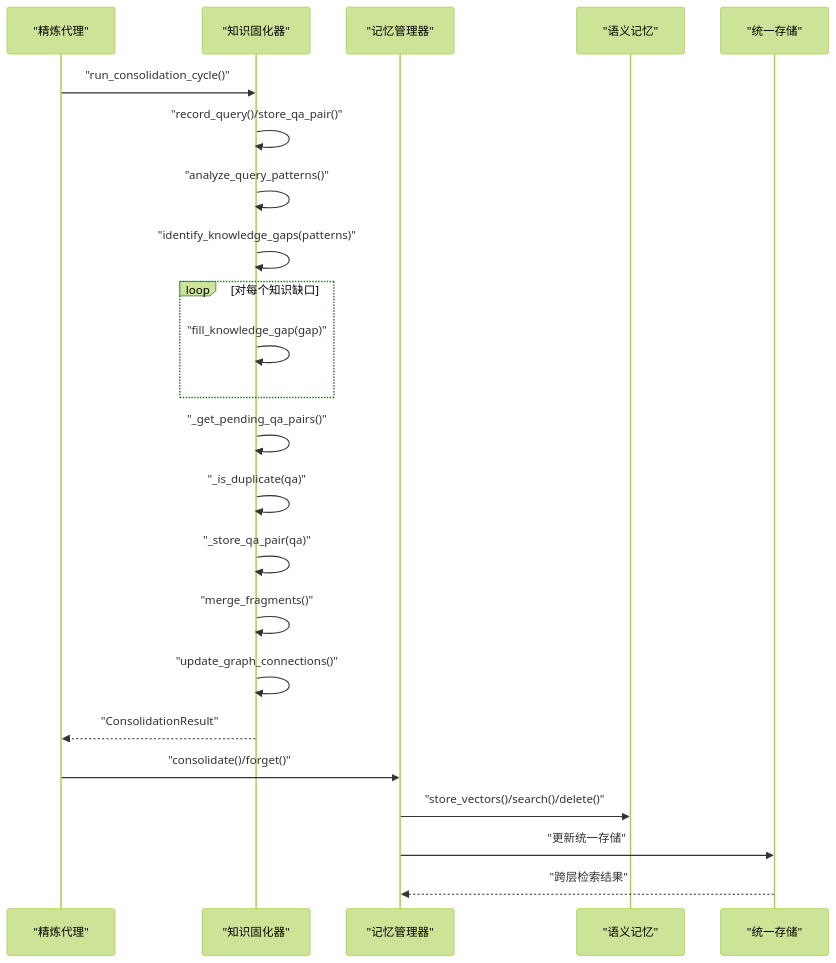
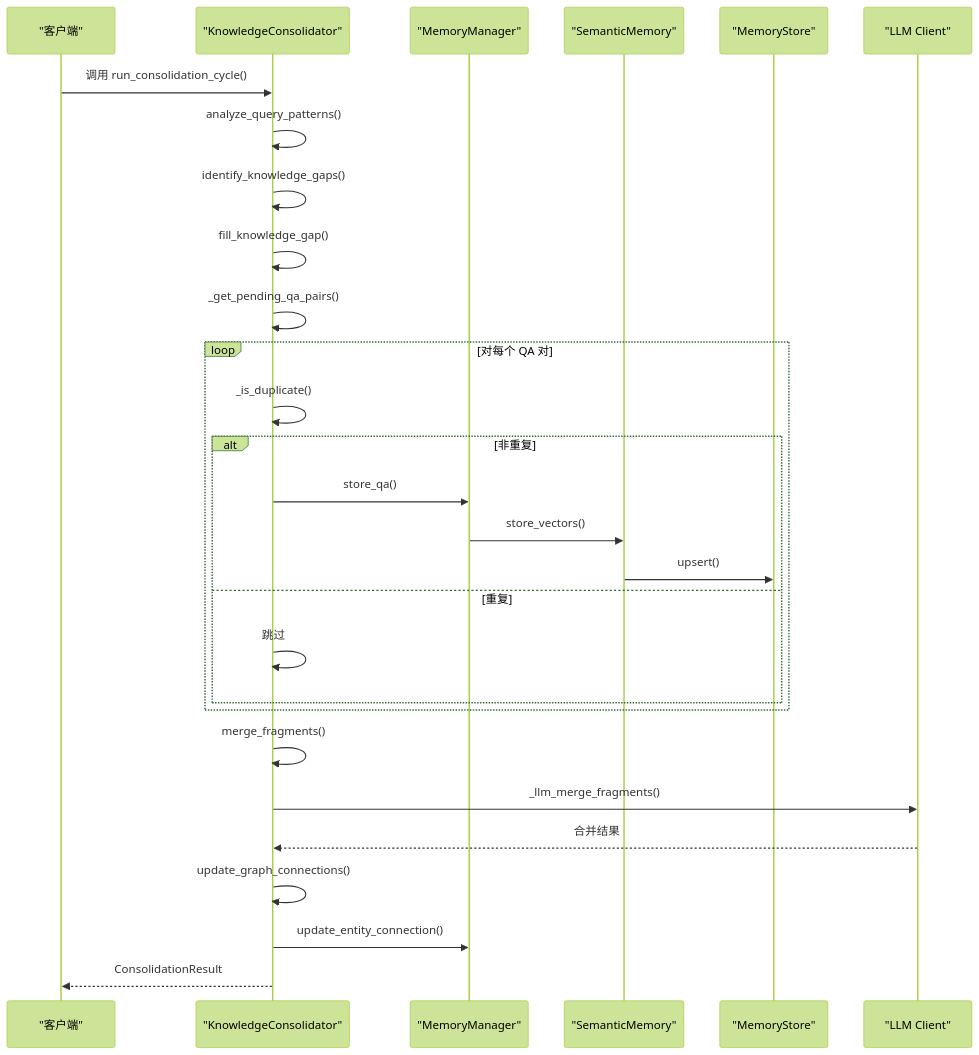
Before and after one commit to JieGaoPrinceton/NecoRAG: the second of 12 diagrams in .qoder/repowiki/zh/content/巩固层模块/知识固化系统.md, drawn with Mermaid (forest theme). The commit also changed other lines of this file and 181 other files, not shown here.

````diff
--- a/.qoder/repowiki/zh/content/巩固层模块/知识固化系统.md
+++ b/.qoder/repowiki/zh/content/巩固层模块/知识固化系统.md
@@ -110,25 +94,30 @@
 ```mermaid
 sequenceDiagram
-participant Agent as "精炼代理"
-participant Cons as "知识固化器"
-participant MemMgr as "记忆管理器"
-participant SemMem as "语义记忆"
-participant Store as "统一存储"
-Agent->>Cons : "run_consolidation_cycle()"
-Cons->>Cons : "record_query()/store_qa_pair()"
-Cons->>Cons : "analyze_query_patterns()"
-Cons->>Cons : "identify_knowledge_gaps(patterns)"
-loop 对每个知识缺口
-Cons->>Cons : "fill_knowledge_gap(gap)"
+participant Client as "客户端"
+participant KC as "KnowledgeConsolidator"
+participant MM as "MemoryManager"
+participant SM as "SemanticMemory"
+participant MS as "MemoryStore"
+participant LLM as "LLM Client"
+Client->>KC : 调用 run_consolidation_cycle()
+KC->>KC : analyze_query_patterns()
+KC->>KC : identify_knowledge_gaps()
+KC->>KC : fill_knowledge_gap()
+KC->>KC : _get_pending_qa_pairs()
+loop 对每个 QA 对
+KC->>KC : _is_duplicate()
+alt 非重复
+KC->>MM : store_qa()
+MM->>SM : store_vectors()
+SM->>MS : upsert()
+else 重复
+KC->>KC : 跳过
 end
-Cons->>Cons : "_get_pending_qa_pairs()"
-Cons->>Cons : "_is_duplicate(qa)"
-Cons->>Cons : "_store_qa_pair(qa)"
-Cons->>Cons : "merge_fragments()"
-Cons->>Cons : "update_graph_connections()"
-Cons-->>Agent : "ConsolidationResult"
-Agent->>MemMgr : "consolidate()/forget()"
-MemMgr->>SemMem : "store_vectors()/search()/delete()"
-MemMgr->>Store : "更新统一存储"
-Store-->>MemMgr : "跨层检索结果"
+end
+KC->>KC : merge_fragments()
+KC->>LLM : _llm_merge_fragments()
+LLM-->>KC : 合并结果
+KC->>KC : update_graph_connections()
+KC->>MM : update_entity_connection()
+KC-->>Client : ConsolidationResult
 ```
````
